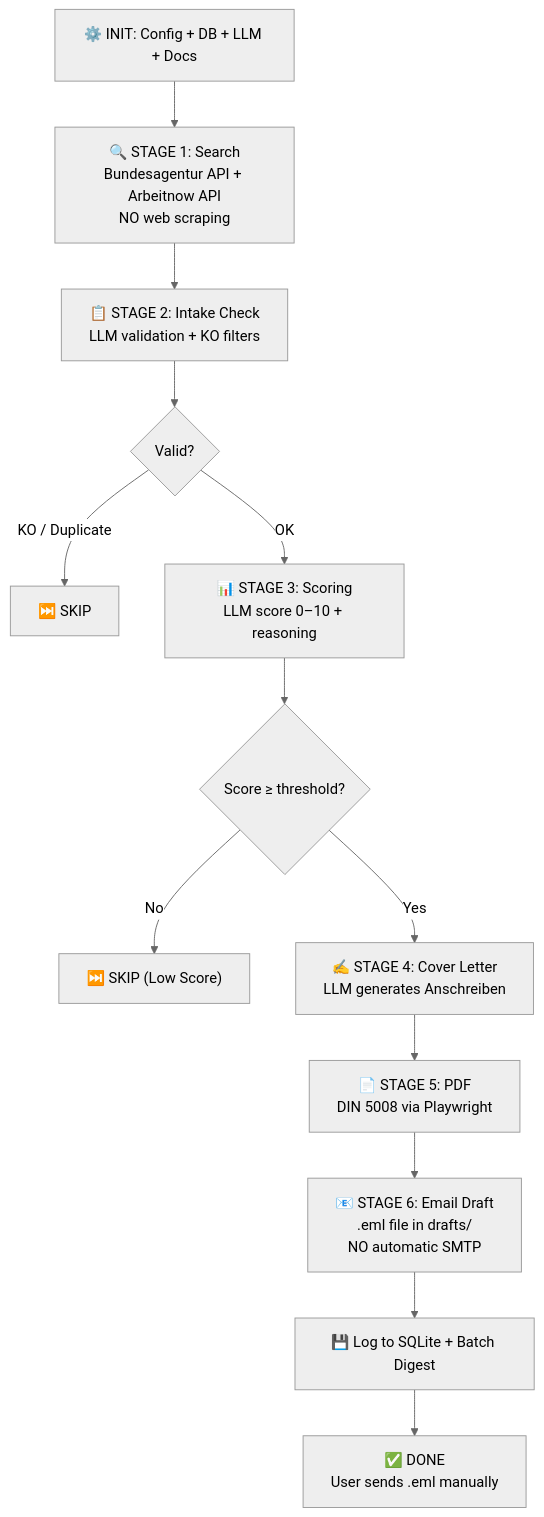
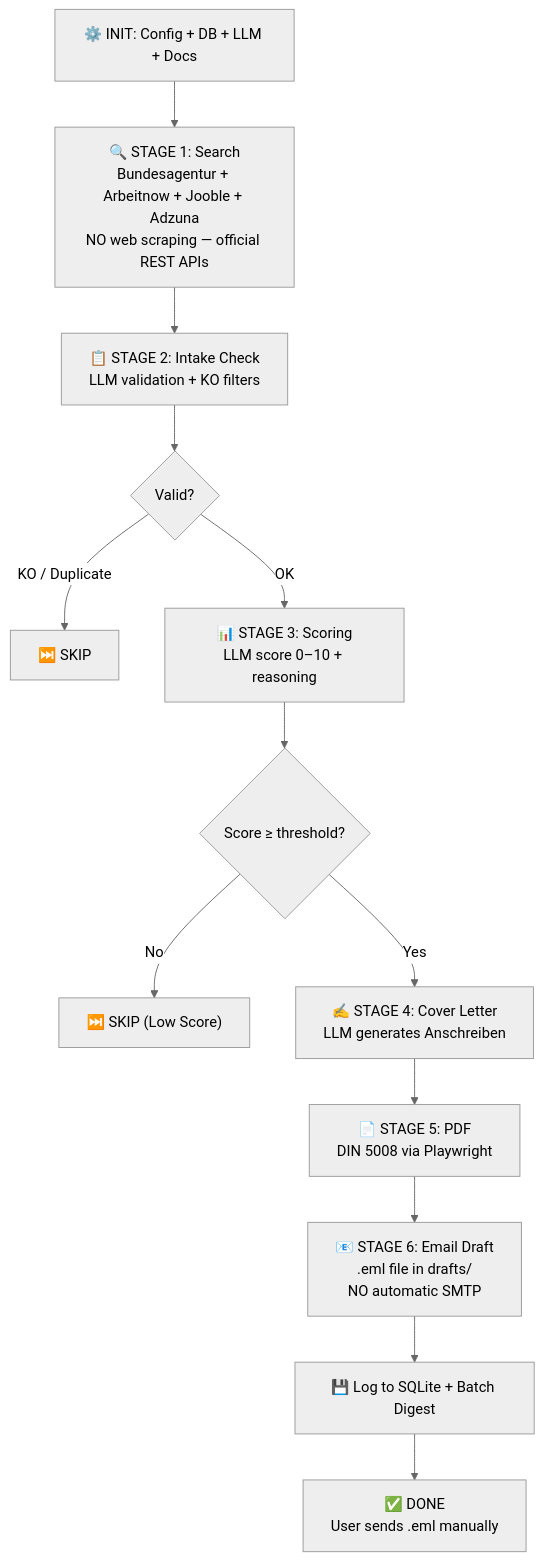
The diagram in README.md (chicagoist/AI-JobFinder), drawn with Mermaid (neutral theme) before and after one commit. The commit also changed other lines of this file and 12 other files, not shown here.

Commit message:
fix: cross-platform refactoring + GDPR email draft flow + Jooble/Adzuna config-only auth

````diff
--- a/README.md
+++ b/README.md
@@ -173,16 +177,16 @@
 ```mermaid
 flowchart TD
     INIT["⚙️ INIT: Config + DB + LLM + Docs"]
-    INIT --> SEARCH["🔍 STAGE 1: Search<br/>Bundesagentur API + Arbeitnow API<br/>NO web scraping"]
+    INIT -->    SEARCH["🔍 STAGE 1: Search<br/>Bundesagentur + Arbeitnow + Jooble + Adzuna<br/>NO web scraping — official REST APIs"]
     SEARCH --> INTAKE["📋 STAGE 2: Intake Check<br/>LLM validation + KO filters"]
     INTAKE --> INT_KO{Valid?}
     INT_KO -- "KO / Duplicate" --> SKIP1["⏭️ SKIP"]
     INT_KO -- "OK" --> SCORE["📊 STAGE 3: Scoring<br/>LLM score 0–10 + reasoning"]
     SCORE --> SC_OK{Score ≥ threshold?}
     SC_OK -- "No" --> SKIP2["⏭️ SKIP (Low Score)"]
     SC_OK -- "Yes" --> ANSCH["✍️ STAGE 4: Cover Letter<br/>LLM generates Anschreiben"]
     ANSCH --> PDF["📄 STAGE 5: PDF<br/>DIN 5008 via Playwright"]
     PDF --> DRAFT["📧 STAGE 6: Email Draft<br/>.eml file in drafts/<br/>NO automatic SMTP"]
     DRAFT --> LOG["💾 Log to SQLite + Batch Digest"]
     LOG --> DONE["✅ DONE<br/>User sends .eml manually"]
 ```
````
